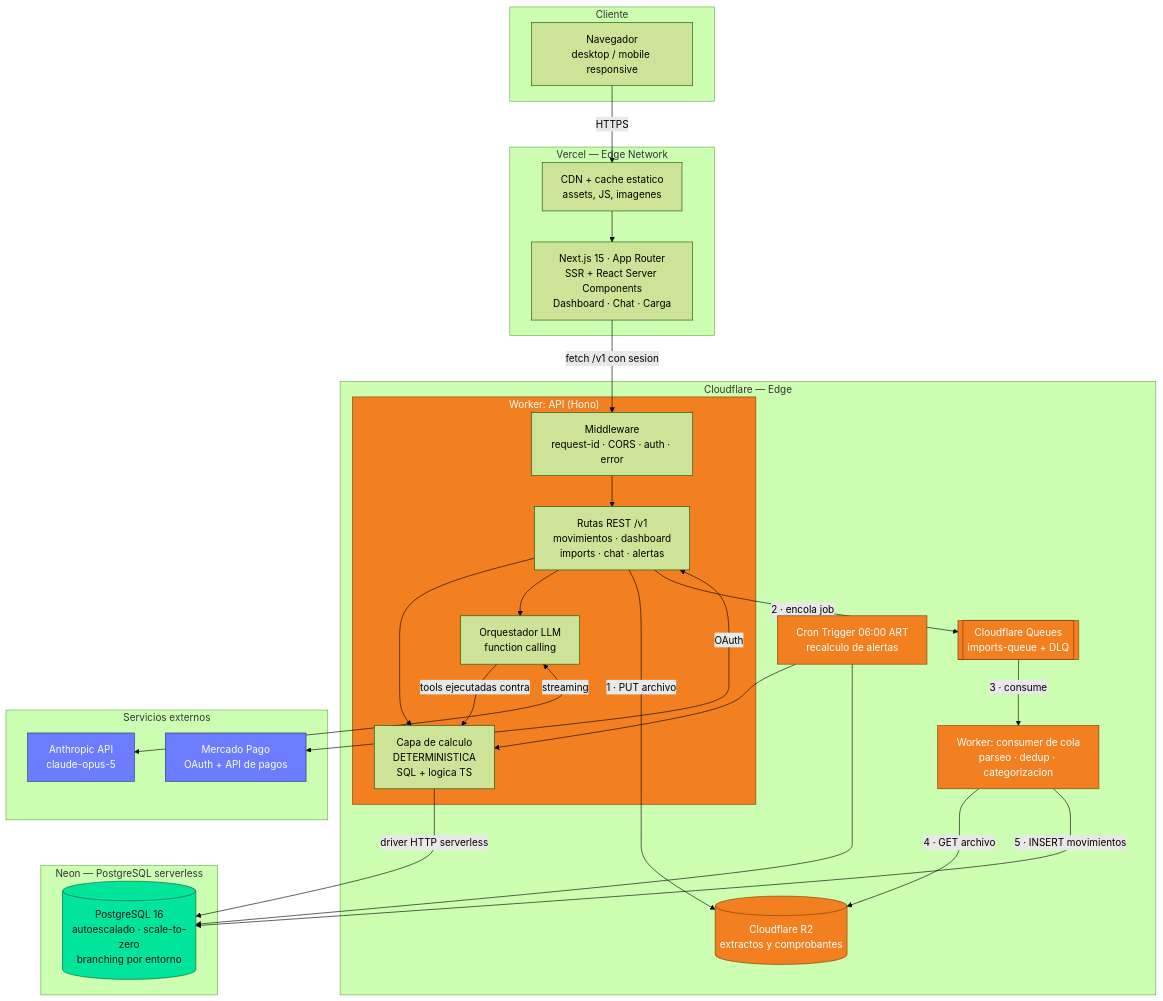
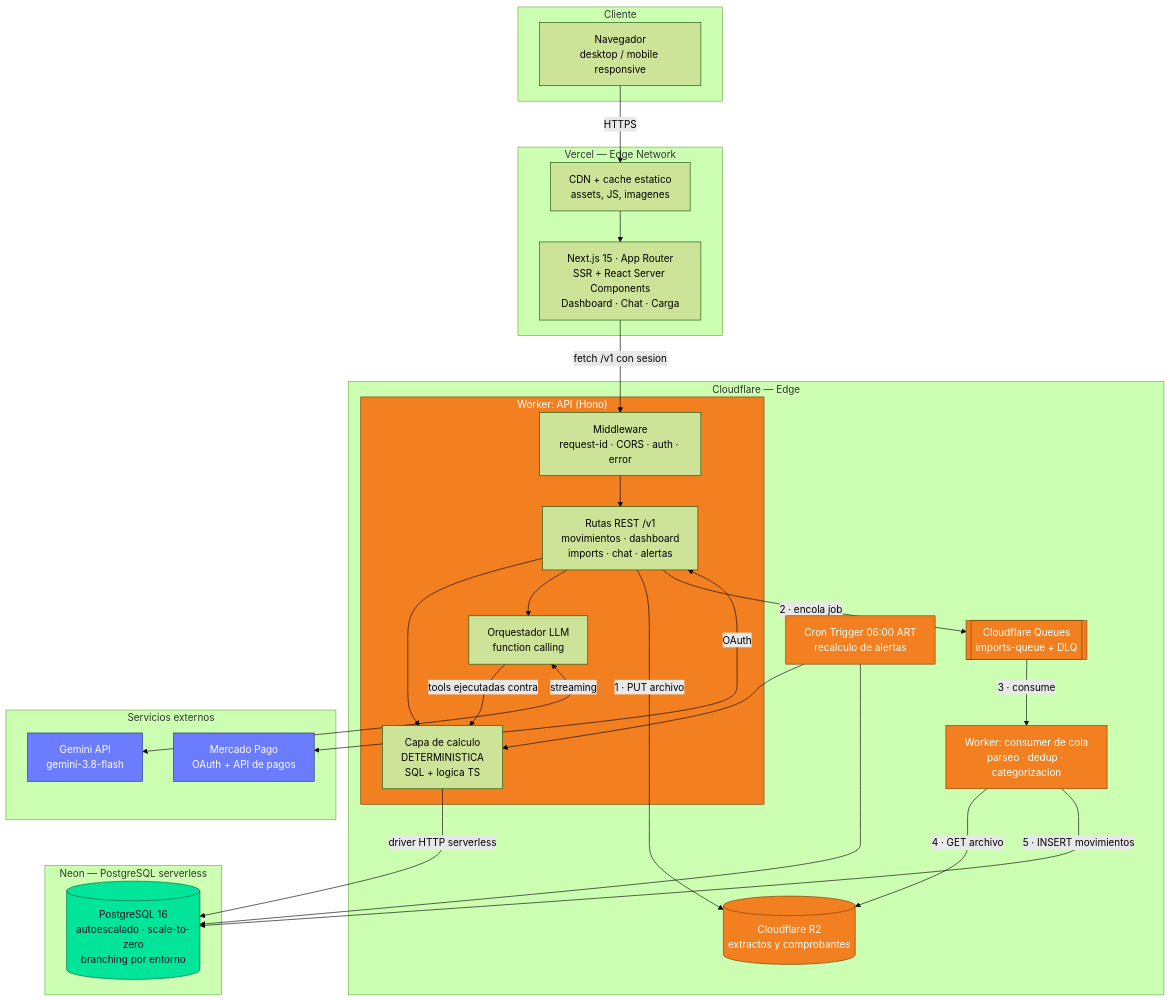
The first of 2 diagrams in entregas-cloud/checkpoint-1/01-arquitectura.md (colosoler/Helpyme), drawn with Mermaid (forest theme) before and after one commit. The commit also changed other lines of this file and 7 other files, not shown here.

````diff
--- a/entregas-cloud/checkpoint-1/01-arquitectura.md
+++ b/entregas-cloud/checkpoint-1/01-arquitectura.md
@@ -29,60 +29,60 @@
 ```mermaid
 flowchart TB
     subgraph client["Cliente"]
         browser["Navegador<br/>desktop / mobile responsive"]
     end
 
     subgraph vercel["Vercel — Edge Network"]
         cdn["CDN + cache estatico<br/>assets, JS, imagenes"]
         next["Next.js 15 · App Router<br/>SSR + React Server Components<br/>Dashboard · Chat · Carga"]
     end
 
     subgraph cf["Cloudflare — Edge"]
         subgraph worker["Worker: API (Hono)"]
             mw["Middleware<br/>request-id · CORS · auth · error"]
             rest["Rutas REST /v1<br/>movimientos · dashboard<br/>imports · chat · alertas"]
             calc["Capa de calculo<br/>DETERMINISTICA<br/>SQL + logica TS"]
             orch["Orquestador LLM<br/>function calling"]
         end
         consumer["Worker: consumer de cola<br/>parseo · dedup · categorizacion"]
         cron["Cron Trigger 06:00 ART<br/>recalculo de alertas"]
         queue[["Cloudflare Queues<br/>imports-queue + DLQ"]]
         r2[("Cloudflare R2<br/>extractos y comprobantes")]
     end
 
     subgraph neon["Neon — PostgreSQL serverless"]
         pg[("PostgreSQL 16<br/>autoescalado · scale-to-zero<br/>branching por entorno")]
     end
 
     subgraph ext["Servicios externos"]
-        anthropic["Anthropic API<br/>claude-opus-5"]
+        gemini["Gemini API<br/>gemini-3.8-flash"]
         mp["Mercado Pago<br/>OAuth + API de pagos"]
     end
 
     browser -->|HTTPS| cdn
     cdn --> next
     next -->|"fetch /v1 con sesion"| mw
     mw --> rest
     rest --> calc
     rest --> orch
 
     rest -->|"1 · PUT archivo"| r2
     rest -->|"2 · encola job"| queue
     queue -->|"3 · consume"| consumer
     consumer -->|"4 · GET archivo"| r2
     consumer -->|"5 · INSERT movimientos"| pg
 
     calc -->|"driver HTTP serverless"| pg
     orch -->|"tools ejecutadas contra"| calc
-    orch <-->|"streaming"| anthropic
+    orch <-->|"streaming"| gemini
     rest <-->|OAuth| mp
     cron --> calc
     cron --> pg
 
     classDef edge fill:#f38020,stroke:#7a3d05,color:#fff
     classDef data fill:#00e599,stroke:#04603f,color:#012
     classDef extern fill:#6b7cff,stroke:#26307a,color:#fff
     class worker,consumer,cron,queue,r2 edge
     class pg data
-    class anthropic,mp extern
+    class gemini,mp extern
 ```
````
